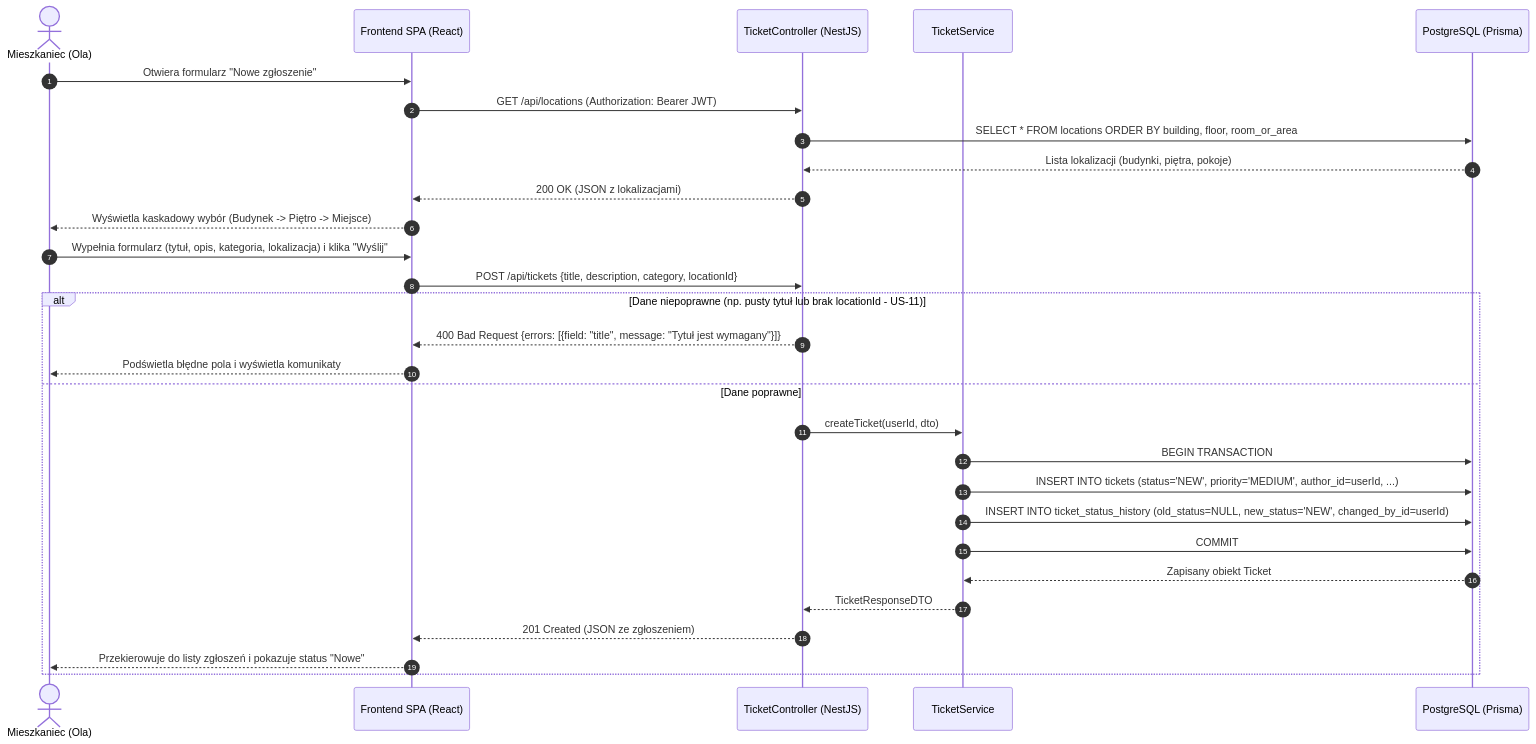
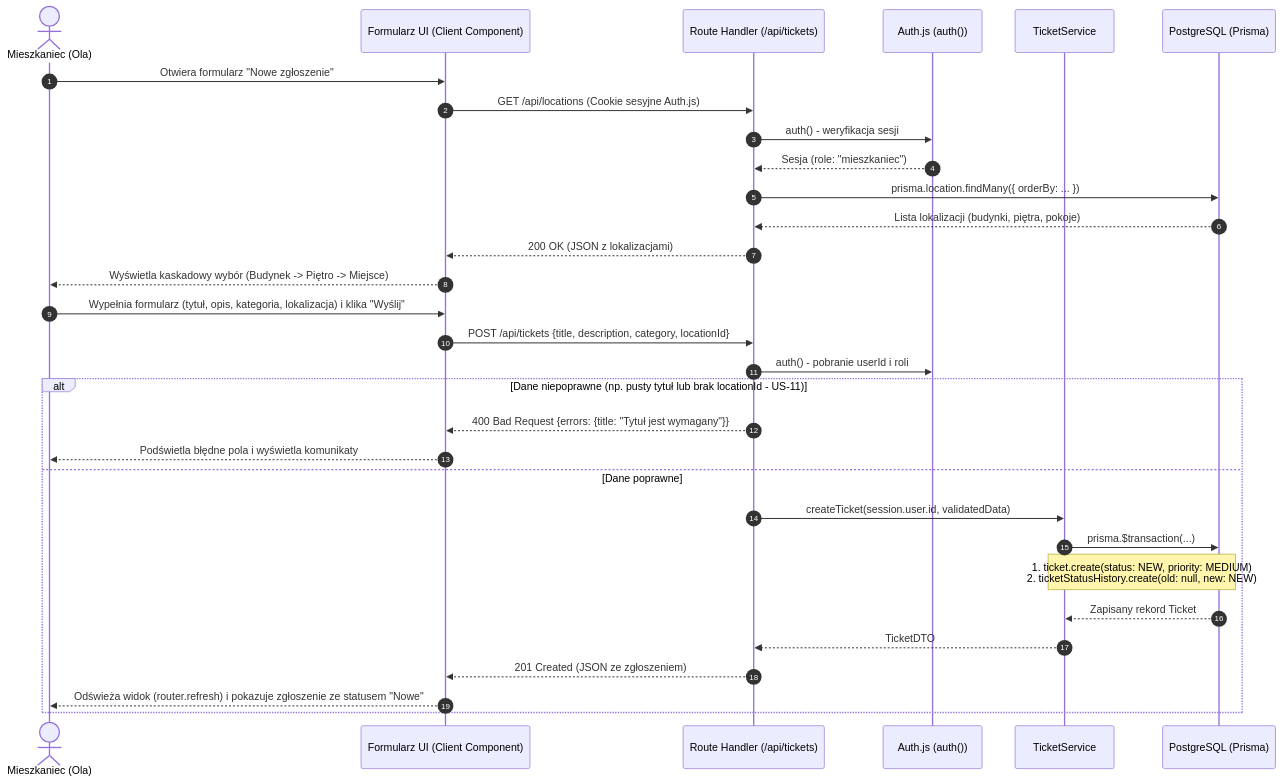
The fourth of 5 diagrams in docs/scrum/Sprint1_13_11_2026/dokument_architektury_systemu_dormtech.md (Grendelek/Projekt_Zlozony_WSZiB_Grupa_DMKSO), drawn with Mermaid before and after one commit. The commit also changed other lines of this file, not shown here.

````diff
--- a/docs/scrum/Sprint1_13_11_2026/dokument_architektury_systemu_dormtech.md
+++ b/docs/scrum/Sprint1_13_11_2026/dokument_architektury_systemu_dormtech.md
@@ -167,34 +162,36 @@
 ```mermaid
 sequenceDiagram
     autonumber
     actor Mieszkaniec as Mieszkaniec (Ola)
-    participant SPA as Frontend SPA (React)
-    participant API as TicketController (NestJS)
+    participant UI as Formularz UI (Client Component)
+    participant API as Route Handler (/api/tickets)
+    participant Auth as Auth.js (auth())
     participant Service as TicketService
     participant DB as PostgreSQL (Prisma)
 
-    Mieszkaniec->>SPA: Otwiera formularz "Nowe zgłoszenie"
-    SPA->>API: GET /api/locations (Authorization: Bearer JWT)
-    API->>DB: SELECT * FROM locations ORDER BY building, floor, room_or_area
+    Mieszkaniec->>UI: Otwiera formularz "Nowe zgłoszenie"
+    UI->>API: GET /api/locations (Cookie sesyjne Auth.js)
+    API->>Auth: auth() - weryfikacja sesji
+    Auth-->>API: Sesja (role: "mieszkaniec")
+    API->>DB: prisma.location.findMany({ orderBy: ... })
     DB-->>API: Lista lokalizacji (budynki, piętra, pokoje)
-    API-->>SPA: 200 OK (JSON z lokalizacjami)
-    SPA-->>Mieszkaniec: Wyświetla kaskadowy wybór (Budynek -> Piętro -> Miejsce)
+    API-->>UI: 200 OK (JSON z lokalizacjami)
+    UI-->>Mieszkaniec: Wyświetla kaskadowy wybór (Budynek -> Piętro -> Miejsce)
 
-    Mieszkaniec->>SPA: Wypełnia formularz (tytuł, opis, kategoria, lokalizacja) i klika "Wyślij"
-    SPA->>API: POST /api/tickets {title, description, category, locationId}
+    Mieszkaniec->>UI: Wypełnia formularz (tytuł, opis, kategoria, lokalizacja) i klika "Wyślij"
+    UI->>API: POST /api/tickets {title, description, category, locationId}
+    API->>Auth: auth() - pobranie userId i roli
     
     alt Dane niepoprawne (np. pusty tytuł lub brak locationId - US-11)
-        API-->>SPA: 400 Bad Request {errors: [{field: "title", message: "Tytuł jest wymagany"}]}
-        SPA-->>Mieszkaniec: Podświetla błędne pola i wyświetla komunikaty
+        API-->>UI: 400 Bad Request {errors: {title: "Tytuł jest wymagany"}}
+        UI-->>Mieszkaniec: Podświetla błędne pola i wyświetla komunikaty
     else Dane poprawne
-        API->>Service: createTicket(userId, dto)
-        Service->>DB: BEGIN TRANSACTION
-        Service->>DB: INSERT INTO tickets (status='NEW', priority='MEDIUM', author_id=userId, ...)
-        Service->>DB: INSERT INTO ticket_status_history (old_status=NULL, new_status='NEW', changed_by_id=userId)
-        Service->>DB: COMMIT
-        DB-->>Service: Zapisany obiekt Ticket
-        Service-->>API: TicketResponseDTO
-        API-->>SPA: 201 Created (JSON ze zgłoszeniem)
-        SPA-->>Mieszkaniec: Przekierowuje do listy zgłoszeń i pokazuje status "Nowe"
+        API->>Service: createTicket(session.user.id, validatedData)
+        Service->>DB: prisma.$transaction(...)
+        Note over Service,DB: 1. ticket.create(status: NEW, priority: MEDIUM)<br/>2. ticketStatusHistory.create(old: null, new: NEW)
+        DB-->>Service: Zapisany rekord Ticket
+        Service-->>API: TicketDTO
+        API-->>UI: 201 Created (JSON ze zgłoszeniem)
+        UI-->>Mieszkaniec: Odświeża widok (router.refresh) i pokazuje zgłoszenie ze statusem "Nowe"
     end
 ```
````
